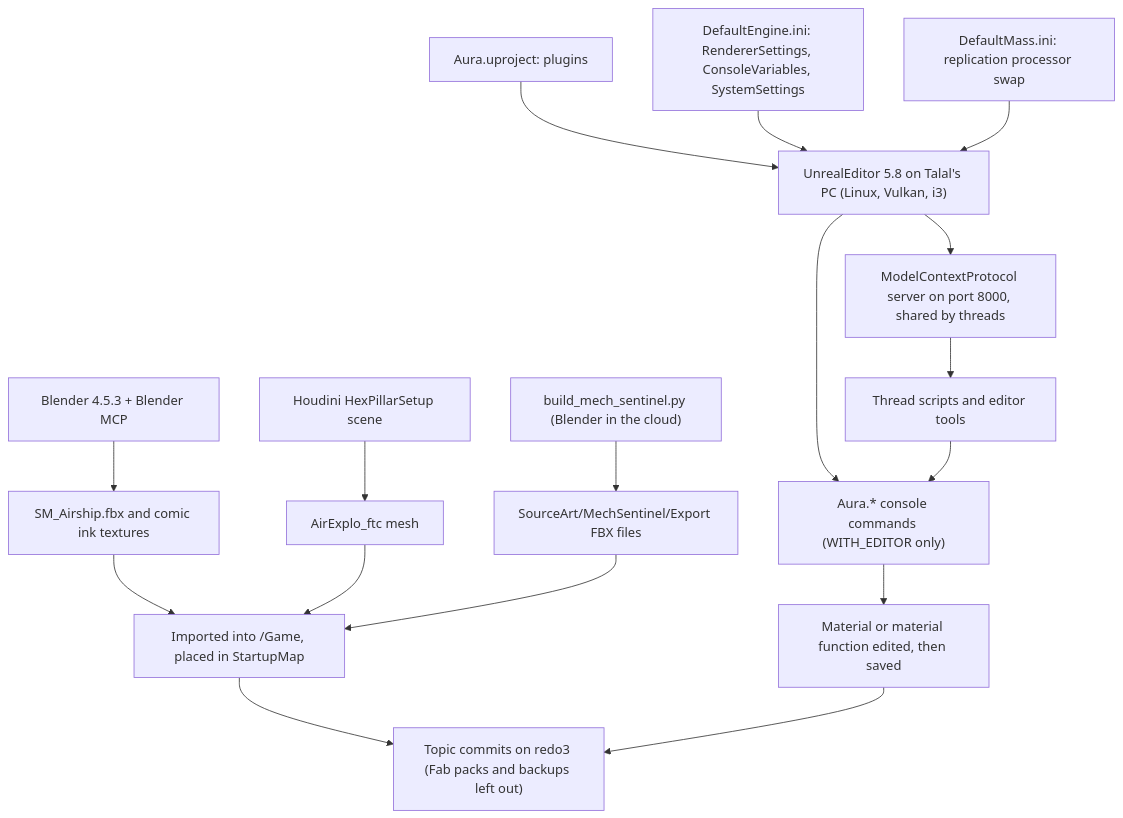
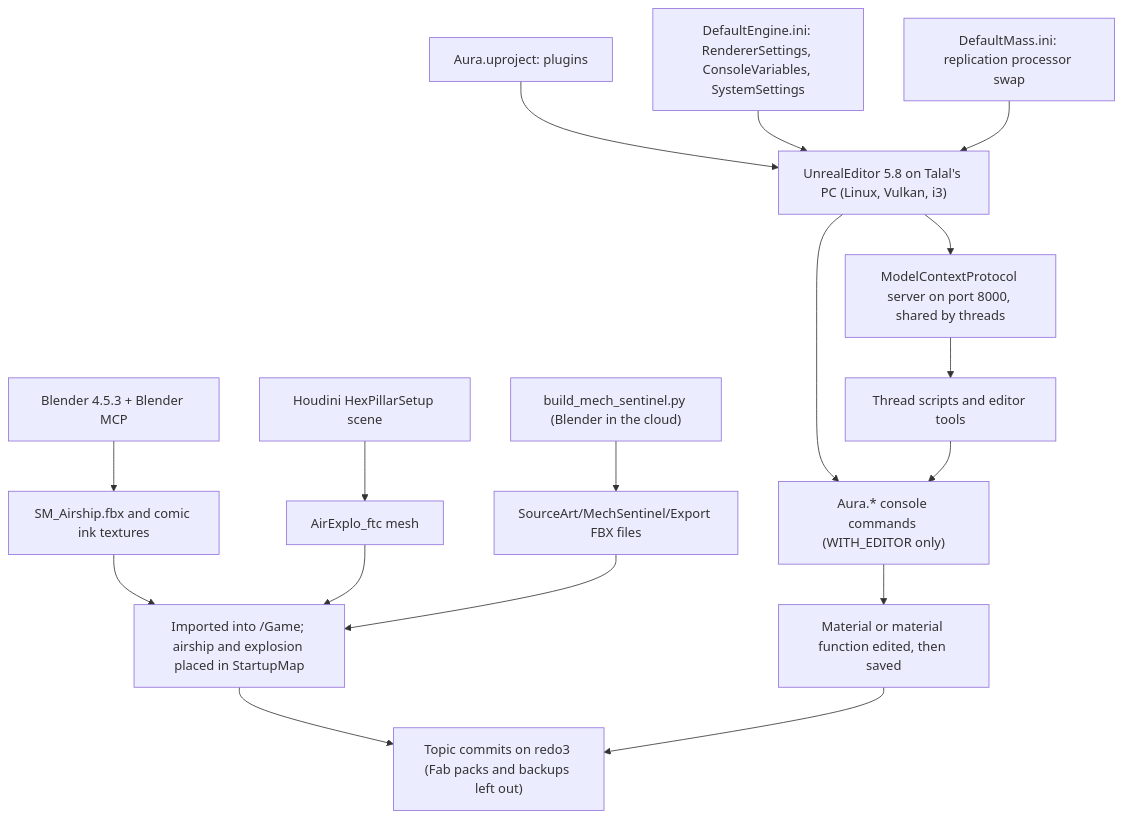
Before and after one commit to talal-jpg/OBS_GameplayAbilitySystemRpg: the second of 3 diagrams in Redo3Changes/Redo3 Engine Tools and Assets.md, drawn with Mermaid. The commit also changed other lines of this file and 21 other files, not shown here.

````diff
--- a/Redo3Changes/Redo3 Engine Tools and Assets.md
+++ b/Redo3Changes/Redo3 Engine Tools and Assets.md
@@ -67,19 +67,19 @@
 ```mermaid
 flowchart TD
     UP["Aura.uproject: plugins"] --> ED["UnrealEditor 5.8 on Talal's PC (Linux, Vulkan, i3)"]
     INI["DefaultEngine.ini: RendererSettings, ConsoleVariables, SystemSettings"] --> ED
     MASSINI["DefaultMass.ini: replication processor swap"] --> ED
     ED --> MCP["ModelContextProtocol server on port 8000, shared by threads"]
     ED --> CMD["Aura.* console commands (WITH_EDITOR only)"]
     MCP --> PY["Thread scripts and editor tools"]
     PY --> CMD
     CMD --> MAT["Material or material function edited, then saved"]
     BL["Blender 4.5.3 + Blender MCP"] --> SHIP["SM_Airship.fbx and comic ink textures"]
     HOU["Houdini HexPillarSetup scene"] --> EXPLO["AirExplo_ftc mesh"]
     CLOUD["build_mech_sentinel.py (Blender in the cloud)"] --> SENT["SourceArt/MechSentinel/Export FBX files"]
-    SHIP --> IMP["Imported into /Game, placed in StartupMap"]
+    SHIP --> IMP["Imported into /Game; airship and explosion placed in StartupMap"]
     EXPLO --> IMP
     SENT --> IMP
     IMP --> GIT["Topic commits on redo3 (Fab packs and backups left out)"]
     MAT --> GIT
 ```
````
